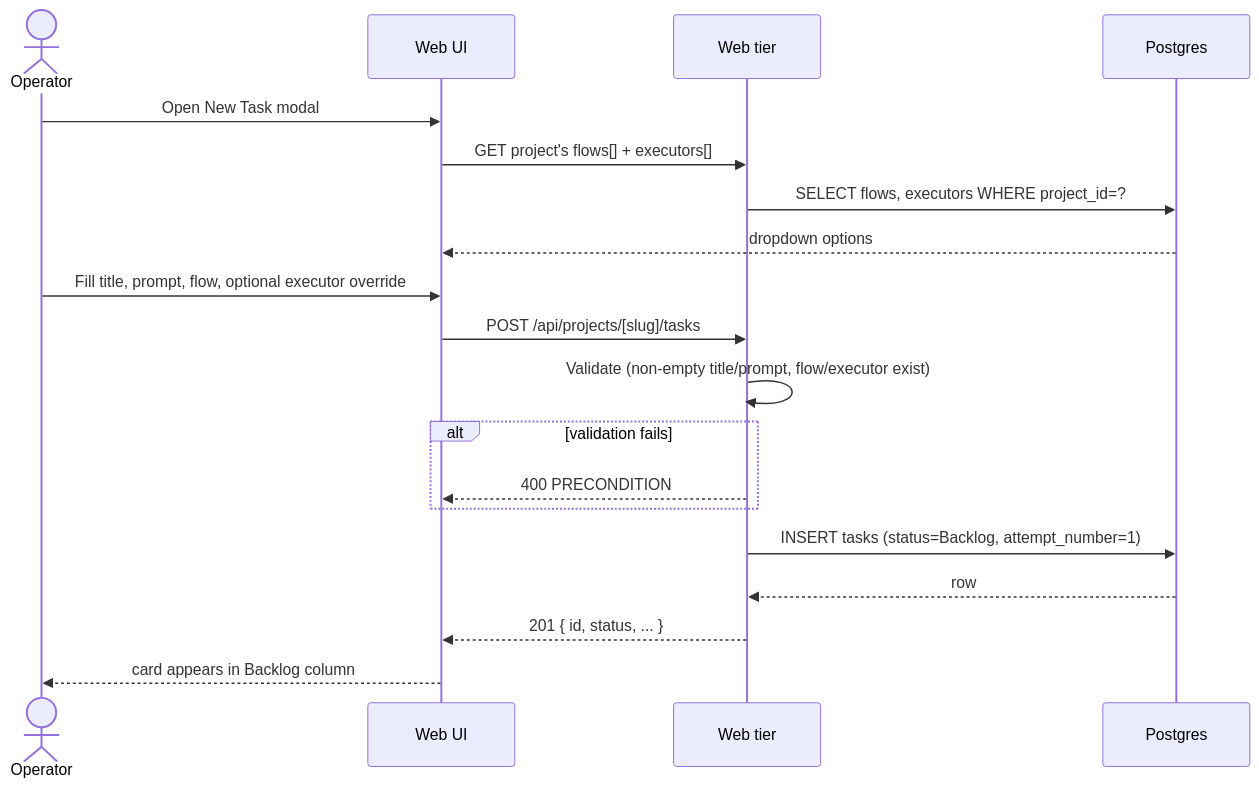
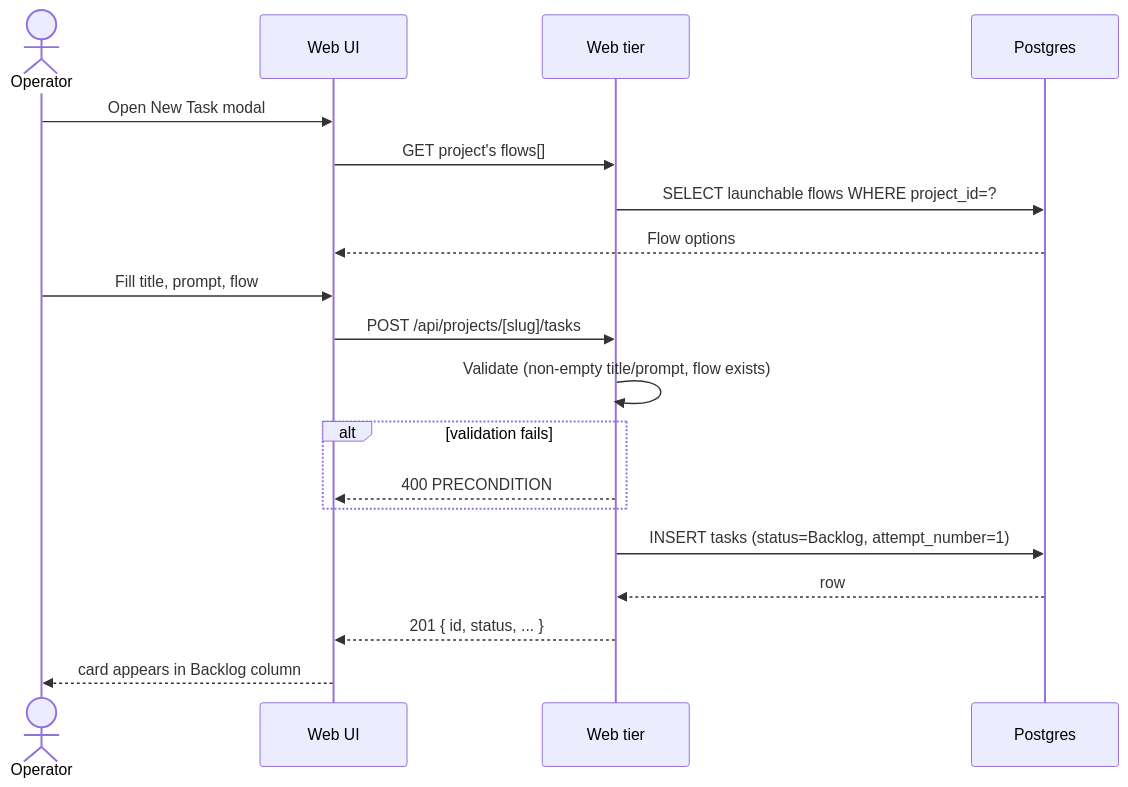
Before and after one commit to maister-dev/maister: the second of 6 diagrams in docs/system-analytics/tasks.md, drawn with Mermaid. The commit also changed other lines of this file and 212 other files, not shown here.

````diff
--- a/docs/system-analytics/tasks.md
+++ b/docs/system-analytics/tasks.md
@@ -62,22 +62,22 @@
 ```mermaid
 sequenceDiagram
     actor U as Operator
     participant UI as Web UI
     participant W as Web tier
     participant DB as Postgres
 
     U->>UI: Open New Task modal
-    UI->>W: GET project's flows[] + executors[]
-    W->>DB: SELECT flows, executors WHERE project_id=?
-    DB-->>UI: dropdown options
-    U->>UI: Fill title, prompt, flow, optional executor override
+    UI->>W: GET project's flows[]
+    W->>DB: SELECT launchable flows WHERE project_id=?
+    DB-->>UI: Flow options
+    U->>UI: Fill title, prompt, flow
     UI->>W: POST /api/projects/[slug]/tasks
-    W->>W: Validate (non-empty title/prompt, flow/executor exist)
+    W->>W: Validate (non-empty title/prompt, flow exists)
     alt validation fails
         W-->>UI: 400 PRECONDITION
     end
     W->>DB: INSERT tasks (status=Backlog, attempt_number=1)
     DB-->>W: row
     W-->>UI: 201 { id, status, ... }
     UI-->>U: card appears in Backlog column
 ```
````
